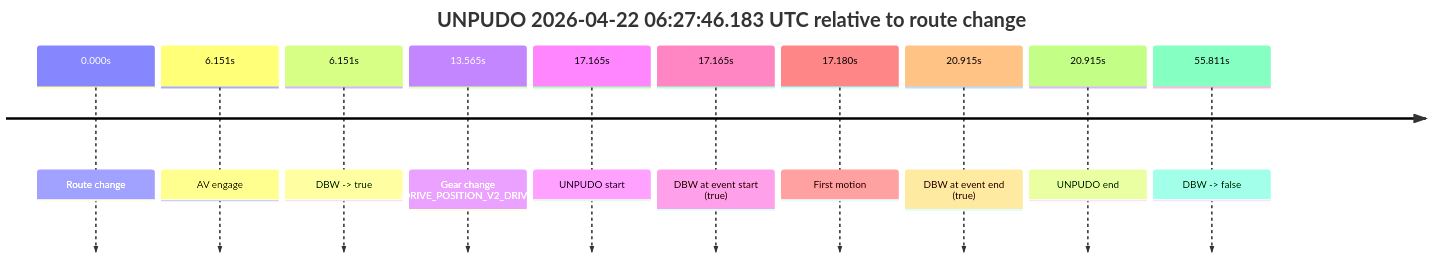
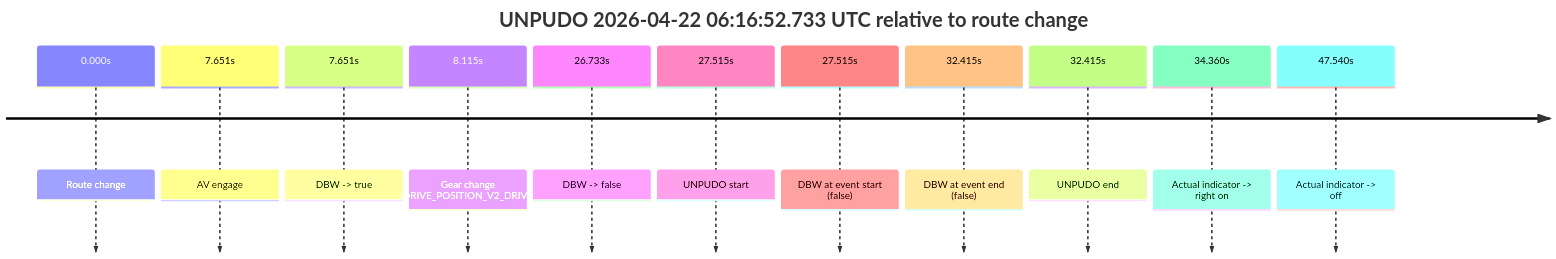
One commit to yoelshapiro/vault changed the second of 3 diagrams in model_analysis/report_cards/2026/04/Week-4/fme20002--2026-04-22--06-13-18--gen2-av-dff8b708-579d-4578-9edb-cf0078124ac3.md. Above: the diagram before and after it, drawn with Mermaid. The commit also changed other lines of this file and 53 other files, not shown here.

````diff
--- a/model_analysis/report_cards/2026/04/Week-4/fme20002--2026-04-22--06-13-18--gen2-av-dff8b708-579d-4578-9edb-cf0078124ac3.md
+++ b/model_analysis/report_cards/2026/04/Week-4/fme20002--2026-04-22--06-13-18--gen2-av-dff8b708-579d-4578-9edb-cf0078124ac3.md
@@ -132,14 +137,15 @@
 ```mermaid
 timeline
-    title UNPUDO 2026-04-22 06:27:46.183 UTC relative to route change
+    title UNPUDO 2026-04-22 06:16:52.733 UTC relative to route change
     0.000s : Route change
-    6.151s : AV engage
-    6.151s : DBW -> true
-    13.565s : Gear change (DRIVE_POSITION_V2_DRIVE)
-    17.165s : UNPUDO start
-    17.165s : DBW at event start (true)
-    17.180s : First motion
-    20.915s : DBW at event end (true)
-    20.915s : UNPUDO end
-    55.811s : DBW -> false
+    7.651s : AV engage
+    7.651s : DBW -> true
+    8.115s : Gear change (DRIVE_POSITION_V2_DRIVE)
+    26.733s : DBW -> false
+    27.515s : UNPUDO start
+    27.515s : DBW at event start (false)
+    32.415s : DBW at event end (false)
+    32.415s : UNPUDO end
+    34.360s : Actual indicator -> right on
+    47.540s : Actual indicator -> off
 ```
````
